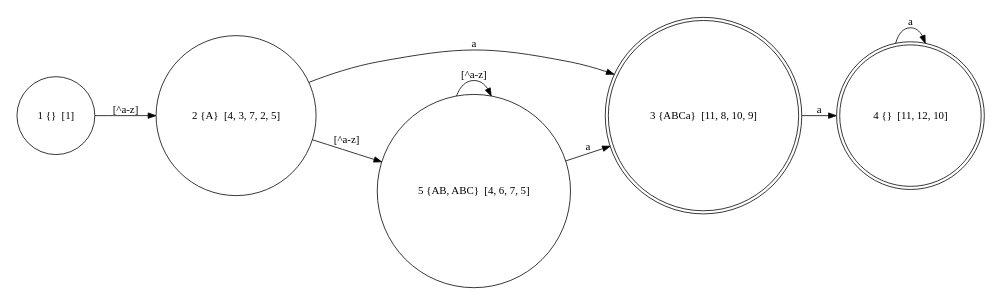
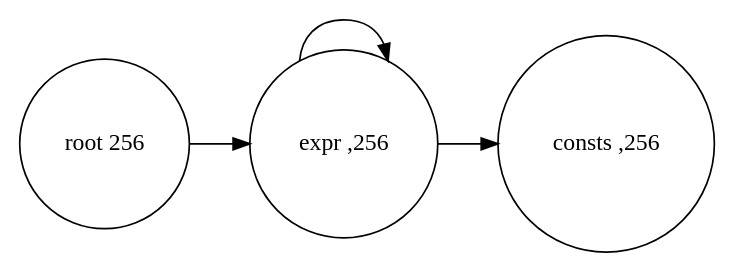
The diagram in testing/test.dot (leegao/LuaInLua), drawn with Graphviz before and after one commit. The commit also changed 2 other files, not shown here.

Commit message:
added fixed point computation of the follow set as a dataflow equation over the dependency graph of nonterminals

```diff
--- a/testing/test.dot
+++ b/testing/test.dot
@@ -1,18 +1,11 @@
 digraph {
   rankdir=LR;
   size="8,5"
-  node[shape=doublecircle,label=""]; 3 4;
   node[shape=circle,label=""];
-  4[label="4 {}  [11, 12, 10]"];
-  1[label="1 {}  [1]"];
-  5[label="5 {AB, ABC}  [4, 6, 7, 5]"];
-  2[label="2 {A}  [4, 3, 7, 2, 5]"];
-  3[label="3 {ABCa}  [11, 8, 10, 9]"];
-  4 -> 4[label="a"];
-  1 -> 2[label="[^a-z]"];
-  5 -> 3[label="a"];
-  5 -> 5[label="[^a-z]"];
-  2 -> 3[label="a"];
-  2 -> 5[label="[^a-z]"];
-  3 -> 4[label="a"];
+  root[label="root 256"];
+  consts[label="consts ,256"];
+  expr[label="expr ,256"];
+    root -> expr[label=""];
+    expr -> consts[label=""];
+    expr -> expr[label=""];
 }
```
